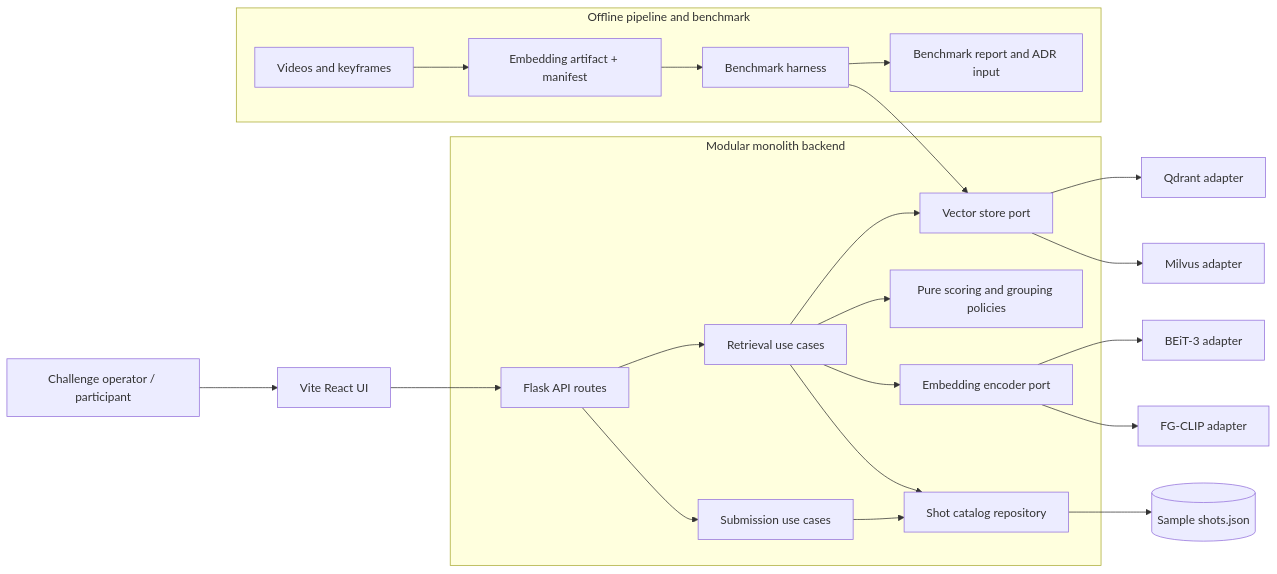
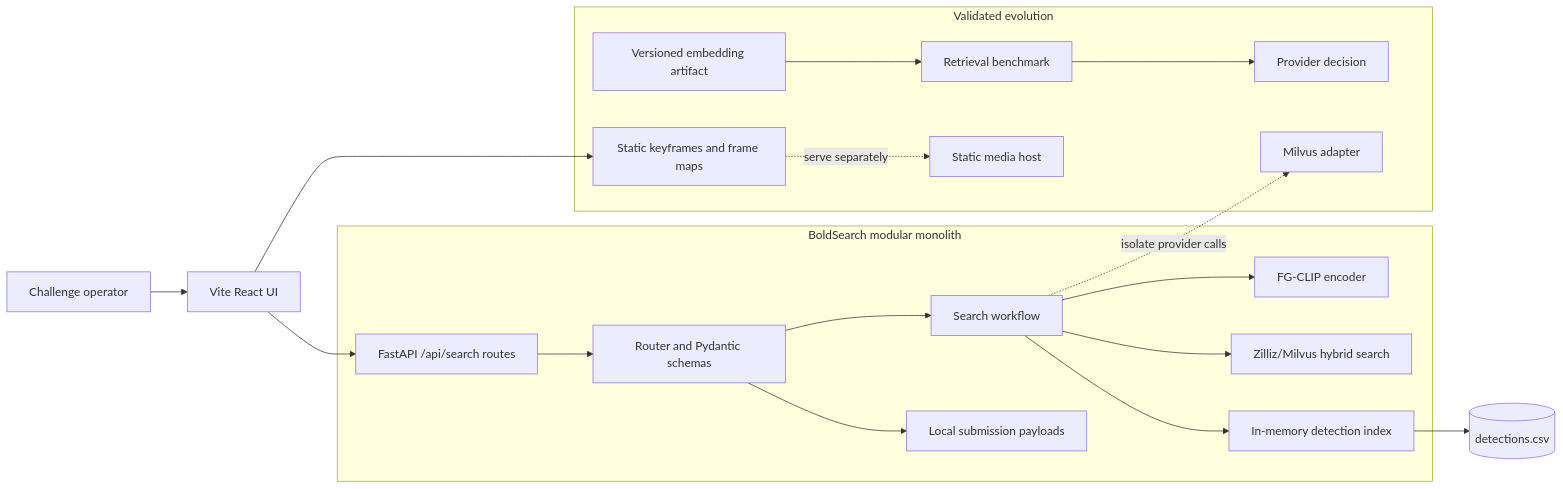
One commit to ToiLaKiet/BoldSearch changed the diagram in architecture/system-overview.mmd. Above: the diagram before and after it, drawn with Mermaid. The commit also changed 9 other files, not shown here.

```diff
--- a/architecture/system-overview.mmd
+++ b/architecture/system-overview.mmd
@@ -1,26 +1,22 @@
 flowchart LR
-  User[Challenge operator / participant] --> UI[Vite React UI]
-  UI --> API[Flask API routes]
+  User[Challenge operator] --> UI[Vite React UI]
+  UI --> API[FastAPI /api/search routes]
 
-  subgraph Backend[Modular monolith backend]
-    API --> Retrieval[Retrieval use cases]
-    API --> Submission[Submission use cases]
-    Retrieval --> Catalog[Shot catalog repository]
-    Retrieval --> Scoring[Pure scoring and grouping policies]
-    Retrieval --> Encoder[Embedding encoder port]
-    Retrieval --> Store[Vector store port]
-    Submission --> Catalog
+  subgraph Backend[BoldSearch modular monolith]
+    API --> Router[Router and Pydantic schemas]
+    Router --> Search[Search workflow]
+    Router --> Submission[Local submission payloads]
+    Search --> Encoder[FG-CLIP encoder]
+    Search --> Milvus[Zilliz/Milvus hybrid search]
+    Search --> Objects[In-memory detection index]
   end
 
-  Catalog --> LocalJSON[(Sample shots.json)]
-  Encoder --> FGCLIP[FG-CLIP adapter]
-  Encoder --> BEIT3[BEiT-3 adapter]
-  Store --> Milvus[Milvus adapter]
-  Store --> Qdrant[Qdrant adapter]
+  Objects --> CSV[(detections.csv)]
+  UI --> Media[Static keyframes and frame maps]
 
-  subgraph Offline[Offline pipeline and benchmark]
-    Media[Videos and keyframes] --> Artifact[Embedding artifact + manifest]
-    Artifact --> Harness[Benchmark harness]
-    Harness --> Store
-    Harness --> Report[Benchmark report and ADR input]
+  subgraph Planned[Validated evolution]
+    Artifact[Versioned embedding artifact] --> Benchmark[Retrieval benchmark]
+    Benchmark --> Decision[Provider decision]
+    Search -. isolate provider calls .-> Adapter[Milvus adapter]
+    Media -. serve separately .-> StaticHost[Static media host]
   end
```
